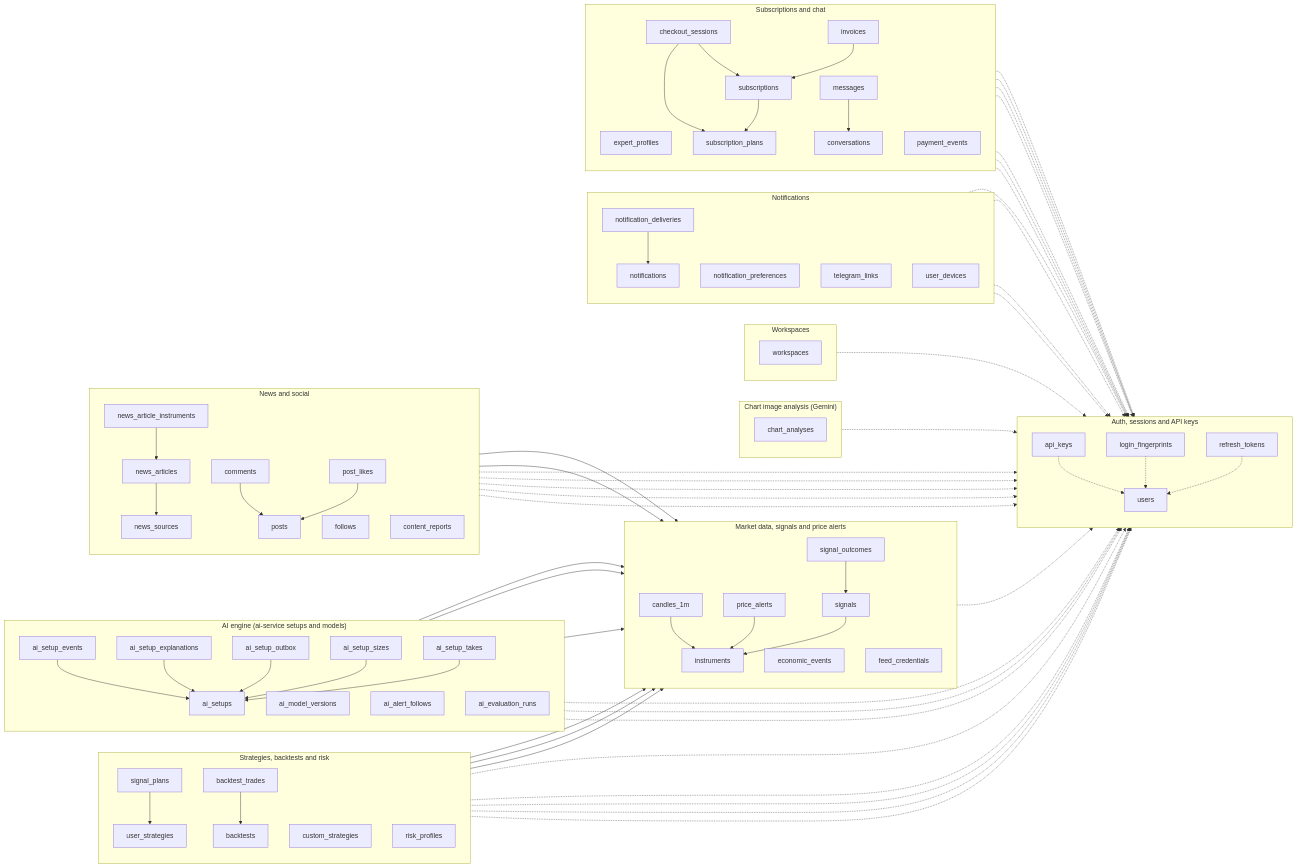
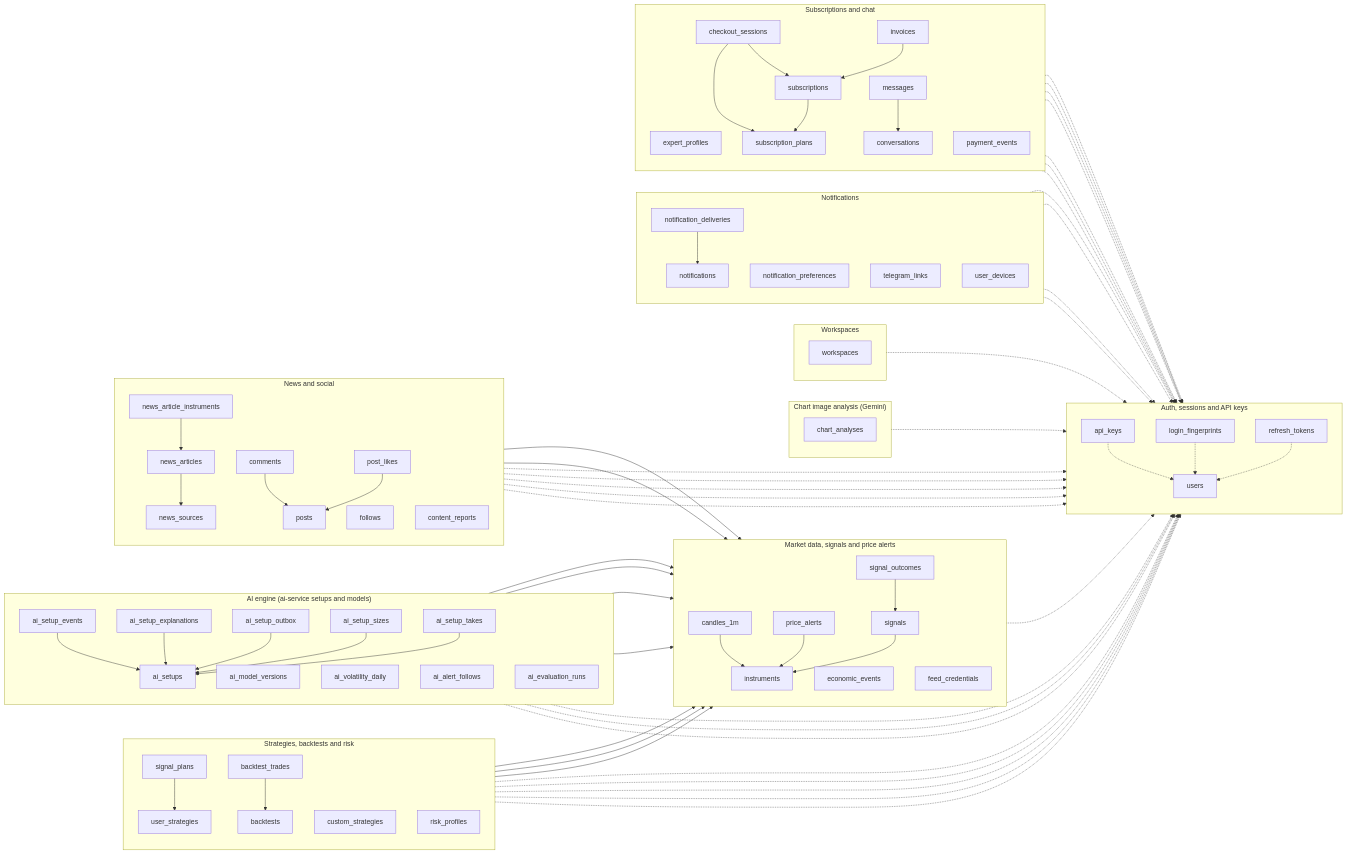
The diagram in docs/erd/mmd/overview.mmd (yazan-alsamman/ai-trading-analysis-system), drawn with Mermaid before and after one commit. The commit also changed 49 other files, not shown here.

First line of the commit message:
B13: gold_levels profile (trailing/time exits, sl_moved) and daily volatility (#82)

```diff
--- a/docs/erd/mmd/overview.mmd
+++ b/docs/erd/mmd/overview.mmd
@@ -1,136 +1,138 @@
 flowchart LR
     subgraph domain_auth["Auth, sessions and API keys"]
         direction TB
         users[users]
         refresh_tokens[refresh_tokens]
         api_keys[api_keys]
         login_fingerprints[login_fingerprints]
     end
     subgraph domain_market["Market data, signals and price alerts"]
         direction TB
         instruments[instruments]
         candles_1m[candles_1m]
         signals[signals]
         signal_outcomes[signal_outcomes]
         price_alerts[price_alerts]
         economic_events[economic_events]
         feed_credentials[feed_credentials]
     end
     subgraph domain_strategies["Strategies, backtests and risk"]
         direction TB
         user_strategies[user_strategies]
         custom_strategies[custom_strategies]
         backtests[backtests]
         backtest_trades[backtest_trades]
         risk_profiles[risk_profiles]
         signal_plans[signal_plans]
     end
     subgraph domain_ai["AI engine (ai-service setups and models)"]
         direction TB
         ai_setups[ai_setups]
         ai_setup_events[ai_setup_events]
         ai_model_versions[ai_model_versions]
         ai_setup_sizes[ai_setup_sizes]
         ai_setup_takes[ai_setup_takes]
         ai_setup_explanations[ai_setup_explanations]
         ai_setup_outbox[ai_setup_outbox]
+        ai_volatility_daily[ai_volatility_daily]
         ai_alert_follows[ai_alert_follows]
         ai_evaluation_runs[ai_evaluation_runs]
     end
     subgraph domain_vision["Chart image analysis (Gemini)"]
         direction TB
         chart_analyses[chart_analyses]
     end
     subgraph domain_workspaces["Workspaces"]
         direction TB
         workspaces[workspaces]
     end
     subgraph domain_notifications["Notifications"]
         direction TB
         notifications[notifications]
         notification_deliveries[notification_deliveries]
         notification_preferences[notification_preferences]
         telegram_links[telegram_links]
         user_devices[user_devices]
     end
     subgraph domain_social["News and social"]
         direction TB
         news_sources[news_sources]
         news_articles[news_articles]
         news_article_instruments[news_article_instruments]
         posts[posts]
         comments[comments]
         post_likes[post_likes]
         follows[follows]
         content_reports[content_reports]
     end
     subgraph domain_subscriptions["Subscriptions and chat"]
         direction TB
         expert_profiles[expert_profiles]
         subscription_plans[subscription_plans]
         subscriptions[subscriptions]
         invoices[invoices]
         checkout_sessions[checkout_sessions]
         payment_events[payment_events]
         conversations[conversations]
         messages[messages]
     end
     ai_alert_follows --> instruments
     ai_alert_follows -.-> users
     ai_evaluation_runs --> instruments
     ai_setup_events --> ai_setups
     ai_setup_explanations --> ai_setups
     ai_setup_outbox --> ai_setups
     ai_setup_sizes --> ai_setups
     ai_setup_sizes -.-> users
     ai_setup_takes --> ai_setups
     ai_setup_takes -.-> users
     ai_setups --> instruments
+    ai_volatility_daily --> instruments
     api_keys -.-> users
     backtest_trades --> backtests
     backtests --> instruments
     backtests -.-> users
     candles_1m --> instruments
     chart_analyses -.-> users
     checkout_sessions --> subscription_plans
     checkout_sessions --> subscriptions
     checkout_sessions -.-> users
     comments --> posts
     comments -.-> users
     content_reports -.-> users
     conversations -.-> users
     custom_strategies -.-> users
     expert_profiles -.-> users
     follows -.-> users
     invoices --> subscriptions
     invoices -.-> users
     login_fingerprints -.-> users
     messages --> conversations
     messages -.-> users
     news_article_instruments --> instruments
     news_article_instruments --> news_articles
     news_articles --> news_sources
     notification_deliveries --> notifications
     notification_preferences -.-> users
     notifications -.-> users
     post_likes --> posts
     post_likes -.-> users
     posts --> instruments
     posts -.-> users
     price_alerts --> instruments
     price_alerts -.-> users
     refresh_tokens -.-> users
     risk_profiles -.-> users
     signal_outcomes --> signals
     signal_plans --> signals
     signal_plans --> user_strategies
     signal_plans -.-> users
     signals --> instruments
     subscription_plans -.-> users
     subscriptions --> subscription_plans
     subscriptions -.-> users
     telegram_links -.-> users
     user_devices -.-> users
     user_strategies --> instruments
     user_strategies -.-> users
     workspaces -.-> users
```
